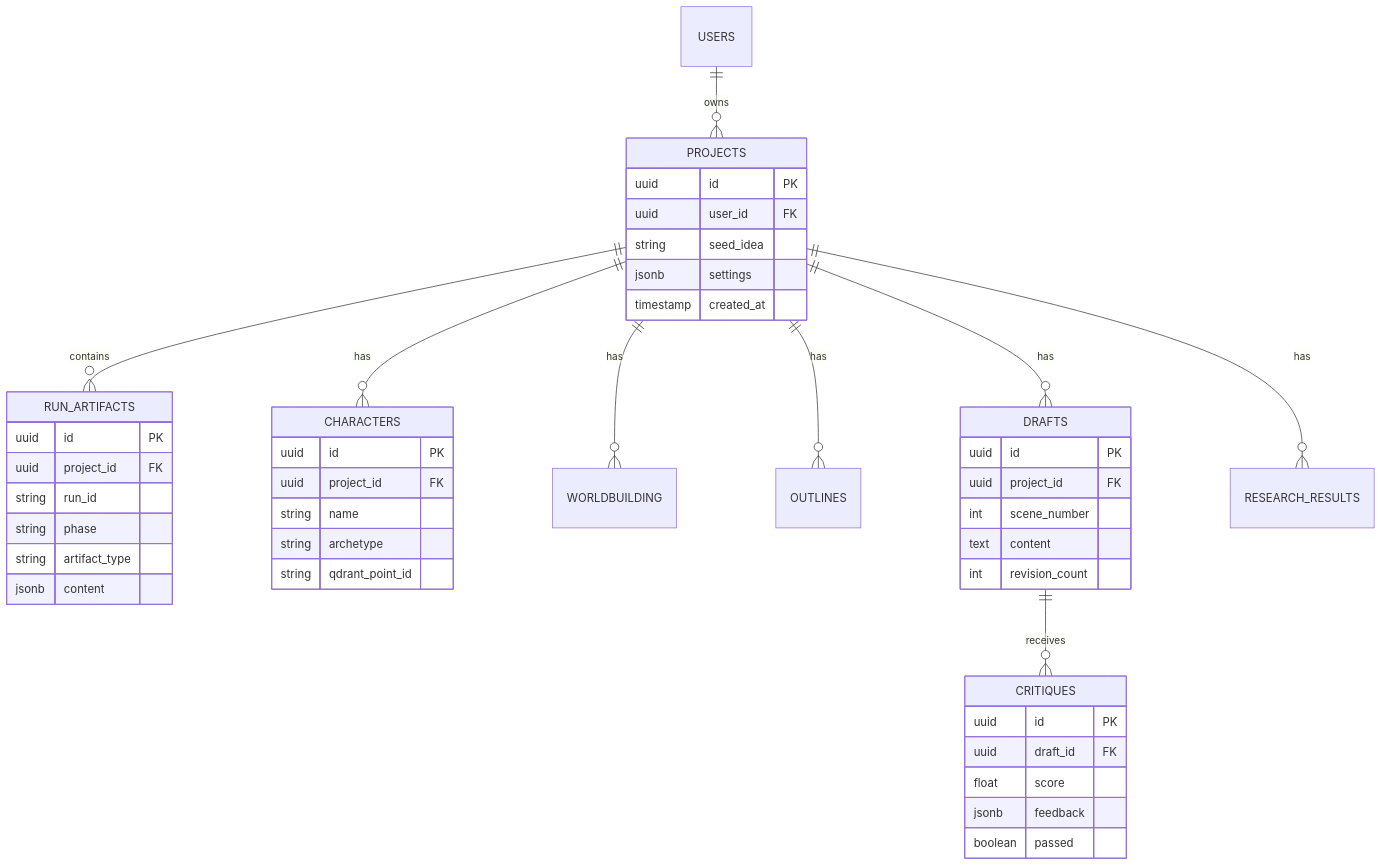
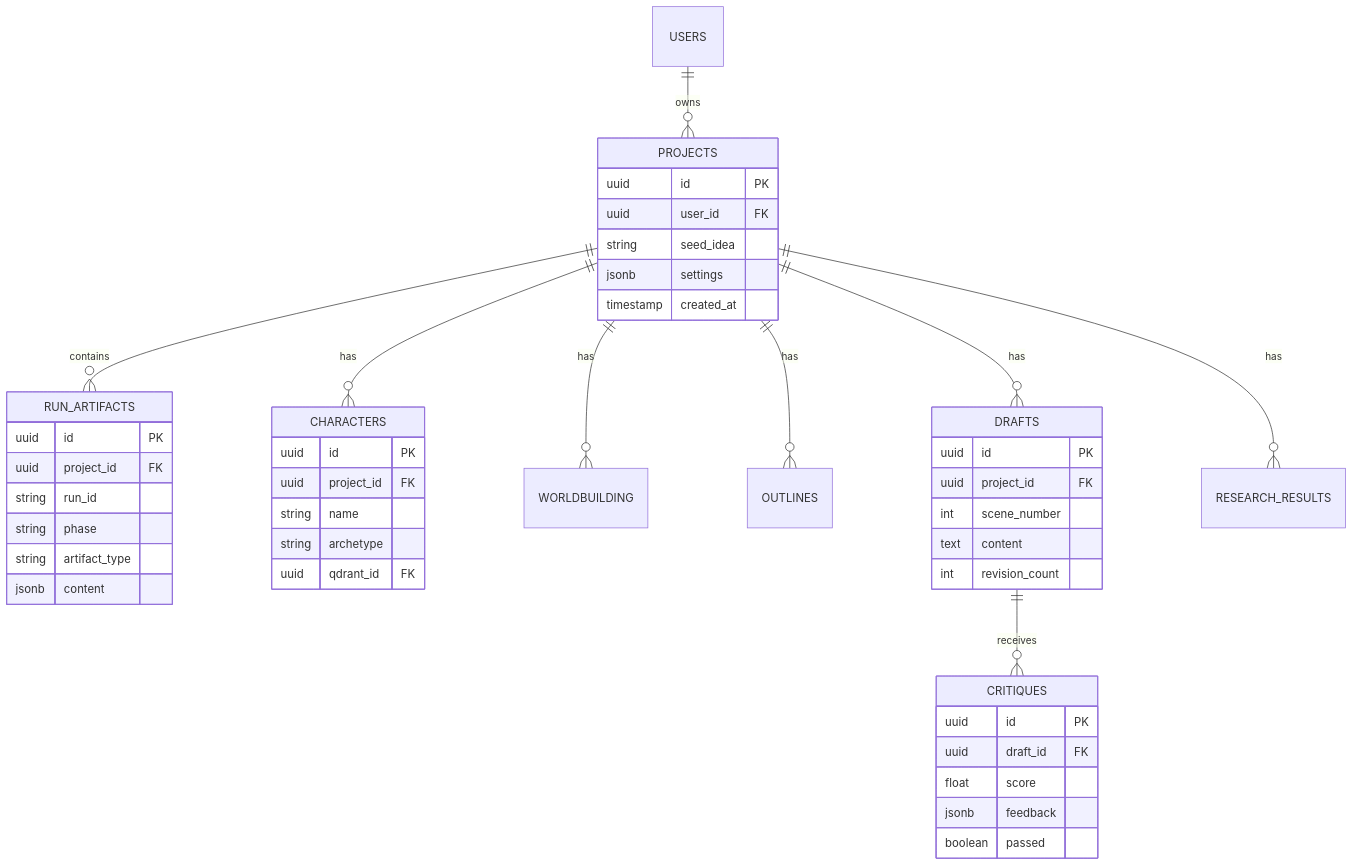
The fifth of 9 diagrams in README.md (IShalkin/manoe), drawn with Mermaid before and after one commit. The commit also changed other lines of this file, not shown here.

Commit message:
docs: Update README with DEPLOYMENT.md reference and qdrant_id sync

````diff
--- a/README.md
+++ b/README.md
@@ -251,52 +251,52 @@
 ```mermaid
 erDiagram
     USERS ||--o{ PROJECTS : owns
     PROJECTS ||--o{ RUN_ARTIFACTS : contains
     PROJECTS ||--o{ CHARACTERS : has
     PROJECTS ||--o{ WORLDBUILDING : has
     PROJECTS ||--o{ OUTLINES : has
     PROJECTS ||--o{ DRAFTS : has
     PROJECTS ||--o{ RESEARCH_RESULTS : has
     DRAFTS ||--o{ CRITIQUES : receives
     
     PROJECTS {
         uuid id PK
         uuid user_id FK
         string seed_idea
         jsonb settings
         timestamp created_at
     }
     
     RUN_ARTIFACTS {
         uuid id PK
         uuid project_id FK
         string run_id
         string phase
         string artifact_type
         jsonb content
     }
     
     CHARACTERS {
         uuid id PK
         uuid project_id FK
         string name
         string archetype
-        string qdrant_point_id
+        uuid qdrant_id FK
     }
     
     DRAFTS {
         uuid id PK
         uuid project_id FK
         int scene_number
         text content
         int revision_count
     }
     
     CRITIQUES {
         uuid id PK
         uuid draft_id FK
         float score
         jsonb feedback
         boolean passed
     }
 ```
````
